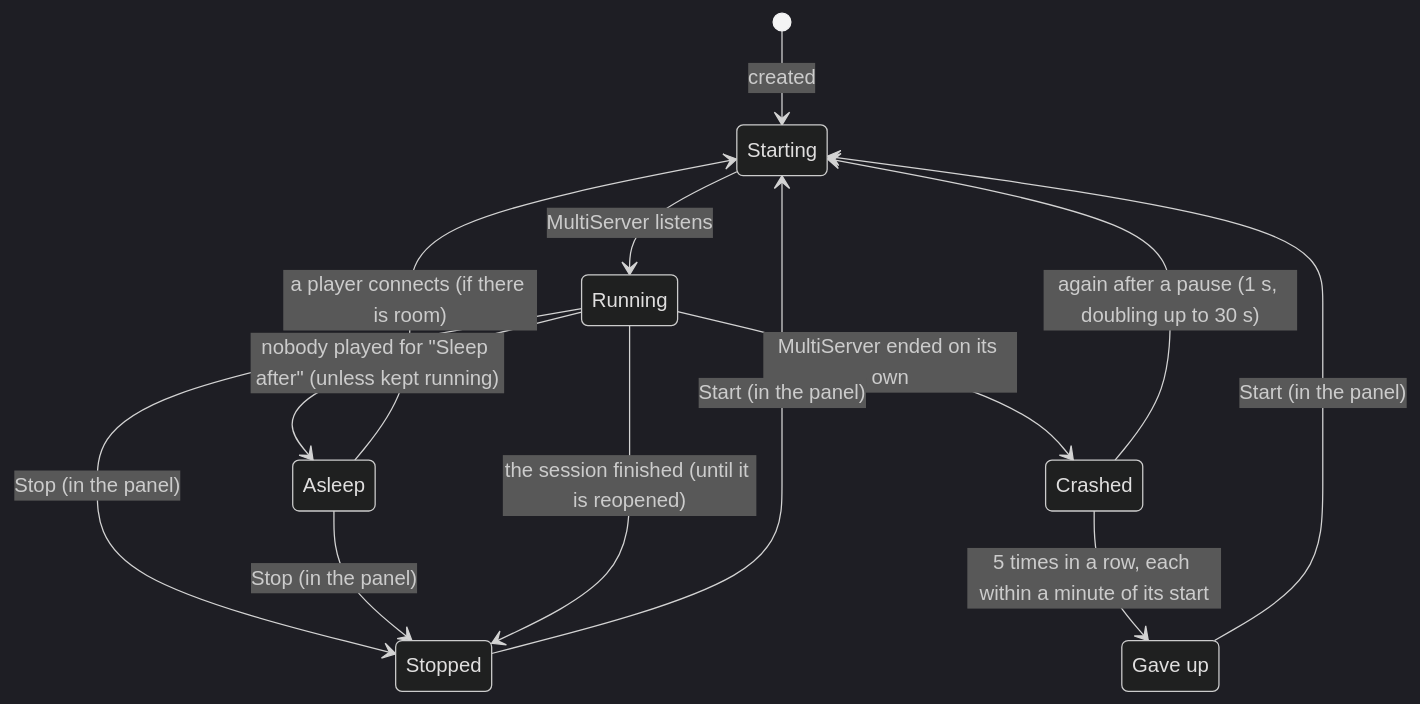
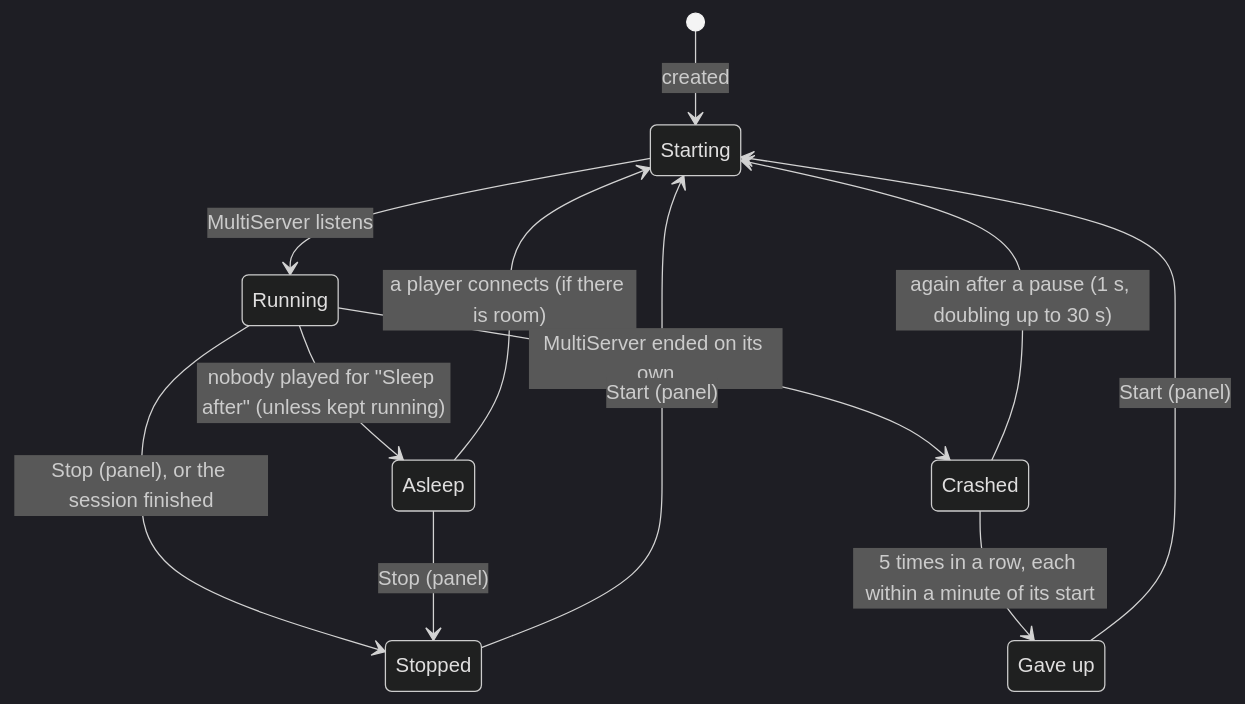
One commit to EraTiem-Network/Randogeddon changed the diagram in .docs/FEATURES.md. Above: the diagram before and after it, drawn with Mermaid (dark theme). The commit also changed other lines of this file and 3 other files, not shown here.

````diff
--- a/.docs/FEATURES.md
+++ b/.docs/FEATURES.md
@@ -41,16 +11,15 @@
 ```mermaid
 stateDiagram-v2
   [*] --> Starting: created
   Asleep --> Starting: a player connects (if there is room)
   Starting --> Running: MultiServer listens
   Running --> Asleep: nobody played for "Sleep after" (unless kept running)
   Running --> Crashed: MultiServer ended on its own
   Crashed --> Starting: again after a pause (1 s, doubling up to 30 s)
   Crashed --> GaveUp: 5 times in a row, each within a minute of its start
-  Running --> Stopped: Stop (in the panel)
-  Asleep --> Stopped: Stop (in the panel)
-  Stopped --> Starting: Start (in the panel)
-  GaveUp --> Starting: Start (in the panel)
-  Running --> Stopped: the session finished (until it is reopened)
+  Running --> Stopped: Stop (panel), or the session finished
+  Asleep --> Stopped: Stop (panel)
+  Stopped --> Starting: Start (panel)
+  GaveUp --> Starting: Start (panel)
   GaveUp: Gave up
 ```
````
